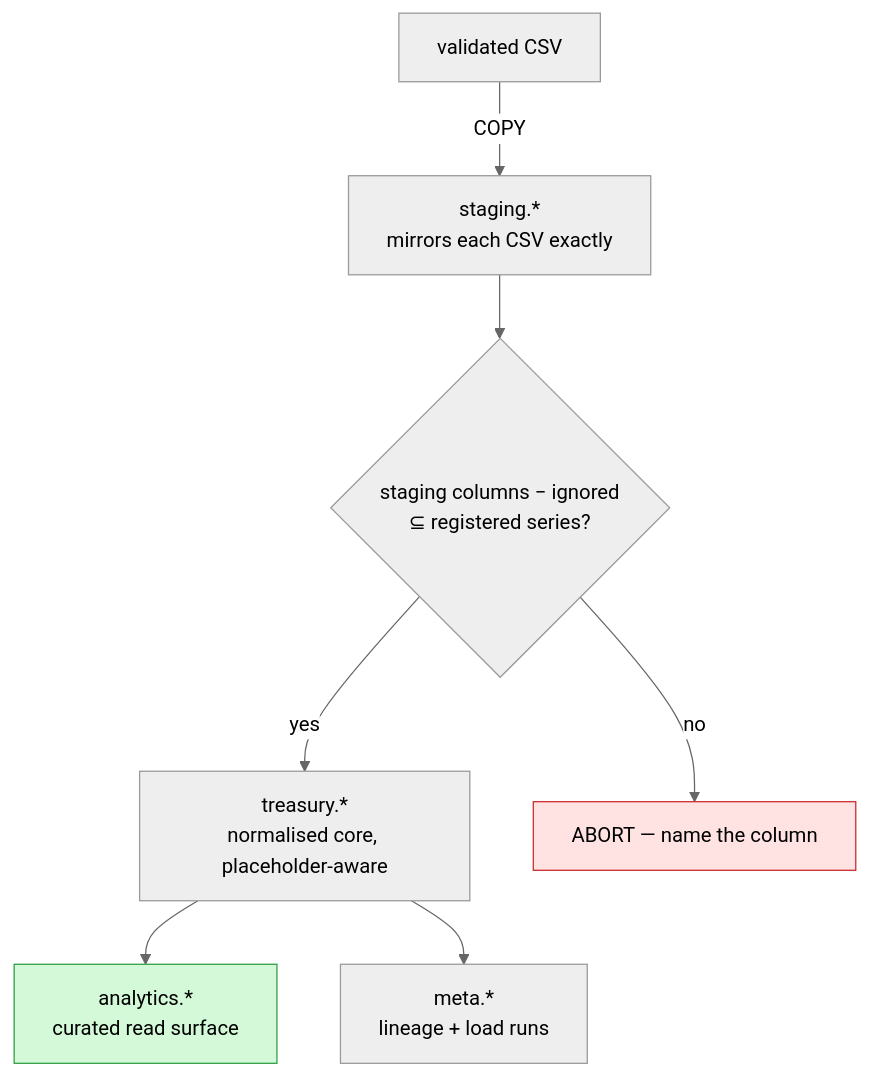
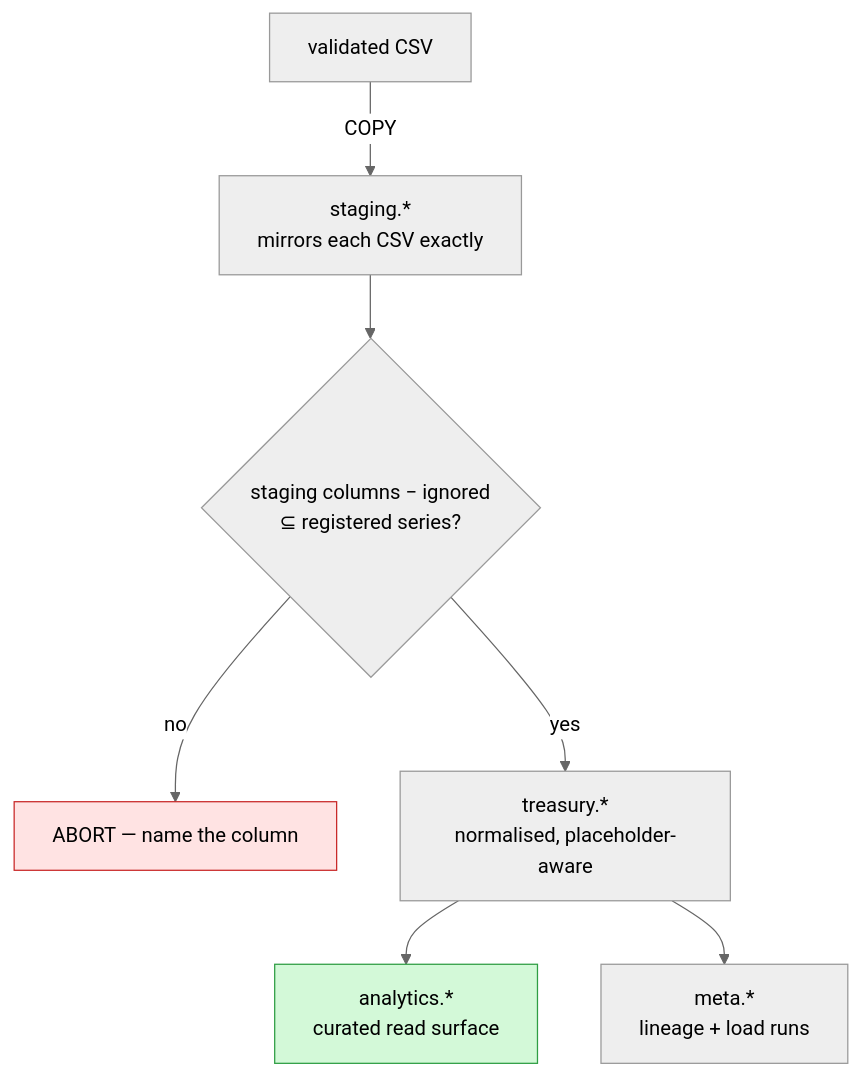
Before and after one commit to KrishnaAnnavaram/semantic-mcp-data-access-gateway: the fourth of 7 diagrams in README.md, drawn with Mermaid (neutral theme). The commit also changed other lines of this file, not shown here.

First line of the commit message:
docs: complete end-to-end README with high-level and detailed diagrams

````diff
--- a/README.md
+++ b/README.md
@@ -149,20 +288,11 @@
 ```mermaid
 flowchart TD
-    CSV["validated CSV"]
-    STG["staging.*<br/>mirrors each CSV exactly"]
-    GUARD{"staging columns − ignored<br/>⊆ registered series?"}
-    CORE["treasury.*<br/>normalised core, placeholder-aware"]
-    ANA["analytics.*<br/>curated read surface"]
-    META["meta.*<br/>lineage + load runs"]
-    ABORT["ABORT — name the column"]
-
-    CSV -->|COPY| STG
-    STG --> GUARD
-    GUARD -->|no| ABORT
-    GUARD -->|yes| CORE
-    CORE --> ANA
-    CORE --> META
-
+    CSV["validated CSV"] -->|COPY| STG["staging.*<br/>mirrors each CSV exactly"]
+    STG --> GUARD{"staging columns − ignored<br/>⊆ registered series?"}
+    GUARD -->|no| ABORT["ABORT — name the column"]
+    GUARD -->|yes| CORE["treasury.*<br/>normalised, placeholder-aware"]
+    CORE --> ANA["analytics.*<br/>curated read surface"]
+    CORE --> META["meta.*<br/>lineage + load runs"]
     style ABORT fill:#ffe3e3,stroke:#c92a2a,color:#000
     style ANA fill:#d3f9d8,stroke:#2f9e44,color:#000
 ```
````
